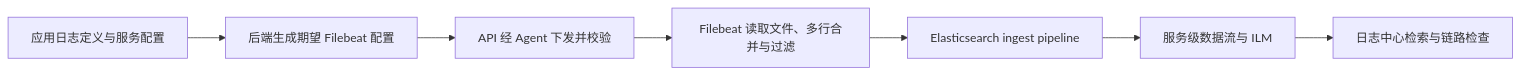
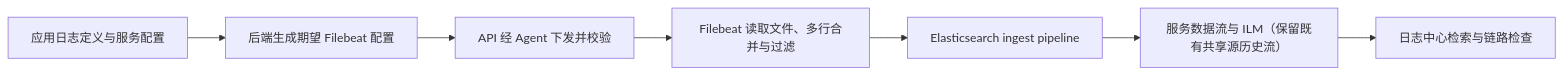
Before and after one commit to chlinwei/djadmin: the first of 4 diagrams in docs/architecture/modules/LOGGING.md, drawn with Mermaid. The commit also changed other lines of this file and 77 other files, not shown here.

````diff
--- a/docs/architecture/modules/LOGGING.md
+++ b/docs/architecture/modules/LOGGING.md
@@ -7,9 +7,9 @@
 ```mermaid
 flowchart LR
     A["应用日志定义与服务配置"] --> B["后端生成期望 Filebeat 配置"]
     B --> C["API 经 Agent 下发并校验"]
     C --> D["Filebeat 读取文件、多行合并与过滤"]
     D --> E["Elasticsearch ingest pipeline"]
-    E --> F["服务级数据流与 ILM"]
+    E --> F["服务数据流与 ILM（保留既有共享源历史流）"]
     F --> G["日志中心检索与链路检查"]
 ```
````
